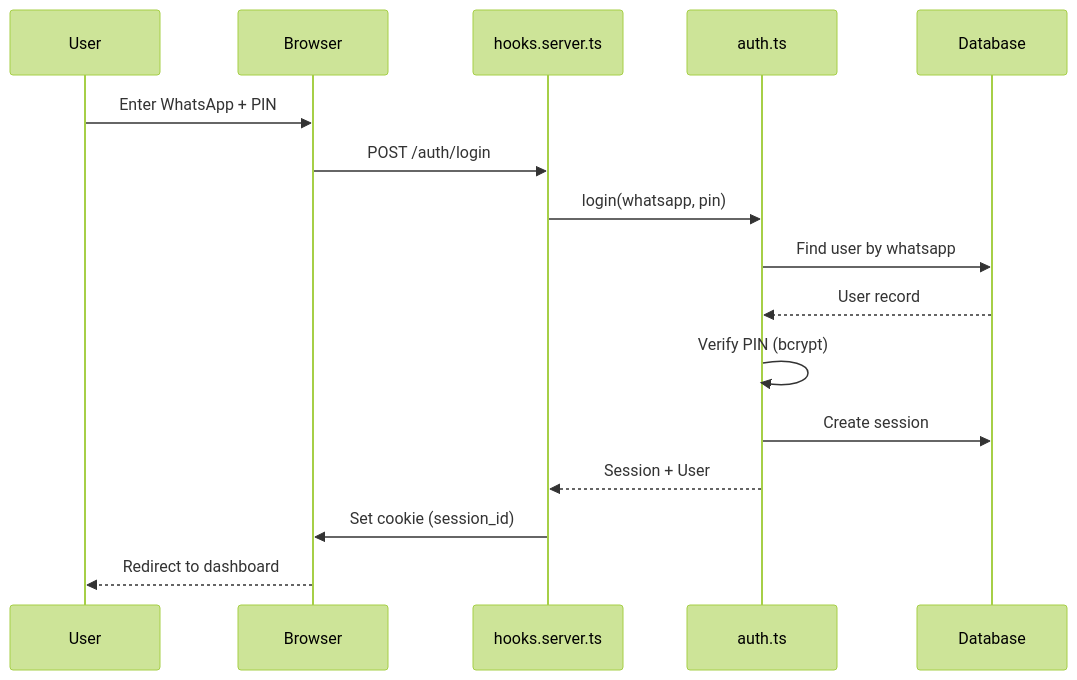
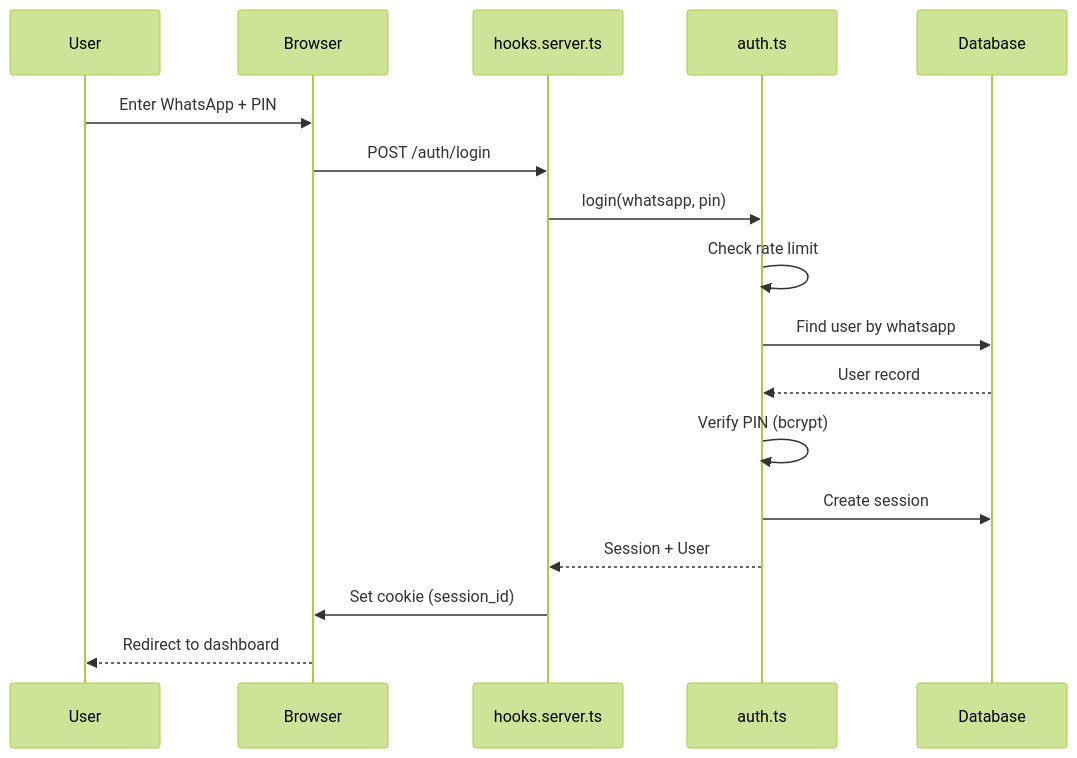
One commit to dayate/TitipIN changed the second of 5 diagrams in docs/ARCHITECTURE.md. Above: the diagram before and after it, drawn with Mermaid (forest theme). The commit also changed other lines of this file and 14 other files, not shown here.

````diff
--- a/docs/ARCHITECTURE.md
+++ b/docs/ARCHITECTURE.md
@@ -89,19 +164,20 @@
 ```mermaid
 sequenceDiagram
     participant U as User
     participant B as Browser
     participant H as hooks.server.ts
     participant A as auth.ts
     participant DB as Database
 
     U->>B: Enter WhatsApp + PIN
     B->>H: POST /auth/login
     H->>A: login(whatsapp, pin)
+    A->>A: Check rate limit
     A->>DB: Find user by whatsapp
     DB-->>A: User record
     A->>A: Verify PIN (bcrypt)
     A->>DB: Create session
     A-->>H: Session + User
     H->>B: Set cookie (session_id)
     B-->>U: Redirect to dashboard
 ```
````
